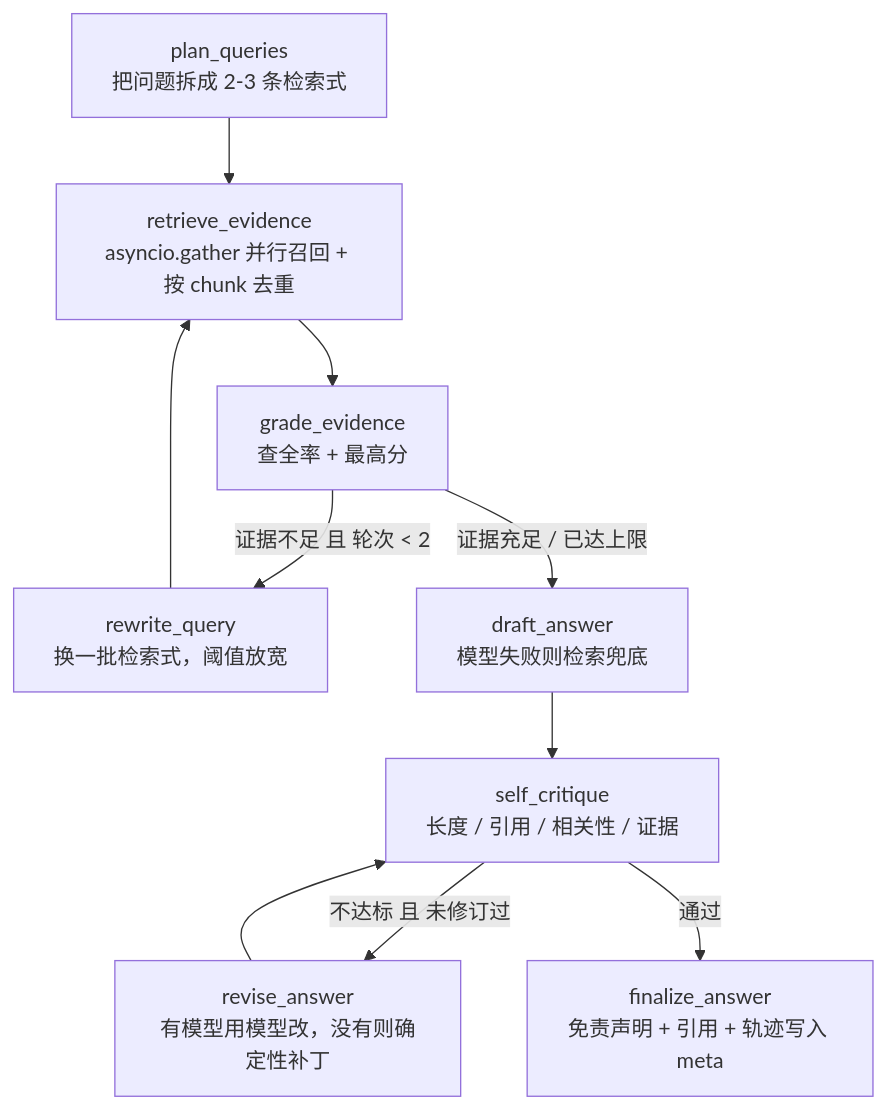
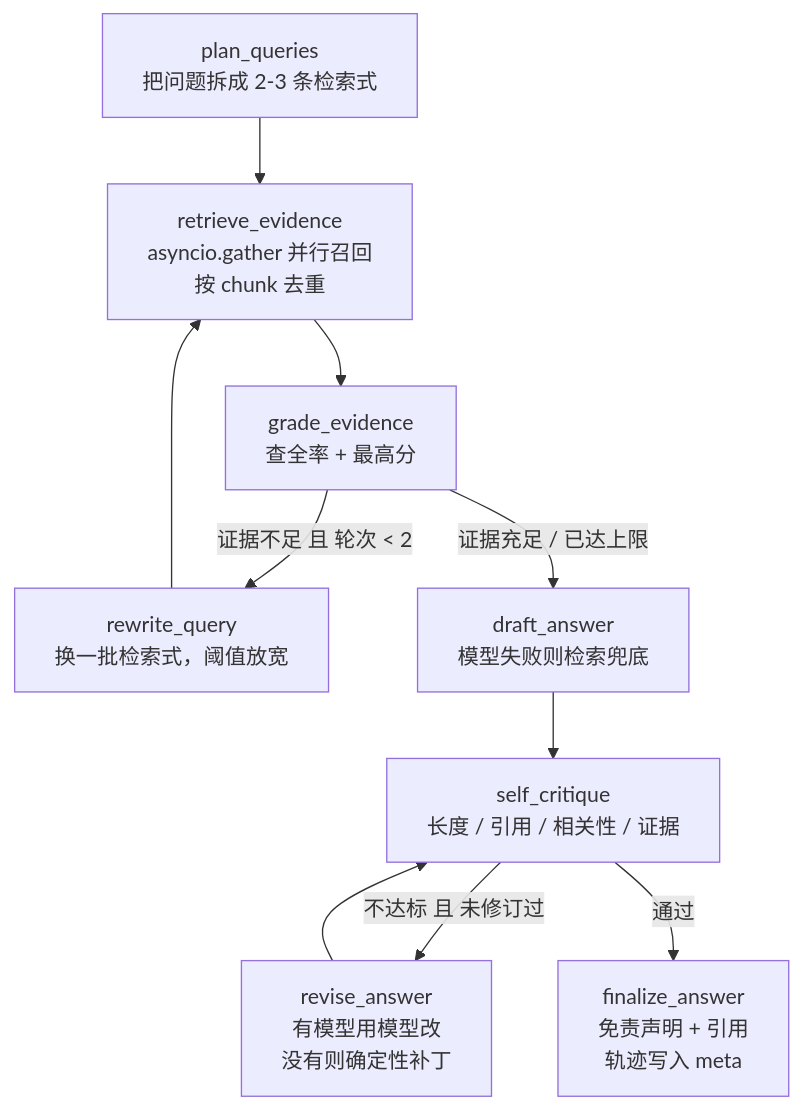
One commit to dazhuang2006/The-Sound-of-Breaking-Free-from-the-Cocoon changed the third of 3 diagrams in README.md. Above: the diagram before and after it, drawn with Mermaid. The commit also changed other lines of this file and 28 other files, not shown here.

````diff
--- a/README.md
+++ b/README.md
@@ -201,12 +215,12 @@
 ```mermaid
 flowchart TD
-    P["plan_queries<br/>把问题拆成 2-3 条检索式"] --> R["retrieve_evidence<br/>asyncio.gather 并行召回 + 按 chunk 去重"]
+    P["plan_queries<br/>把问题拆成 2-3 条检索式"] --> R["retrieve_evidence<br/>asyncio.gather 并行召回<br/>按 chunk 去重"]
     R --> G["grade_evidence<br/>查全率 + 最高分"]
     G -->|证据不足 且 轮次 < 2| W["rewrite_query<br/>换一批检索式，阈值放宽"]
     W --> R
     G -->|证据充足 / 已达上限| D["draft_answer<br/>模型失败则检索兜底"]
     D --> C["self_critique<br/>长度 / 引用 / 相关性 / 证据"]
-    C -->|不达标 且 未修订过| V["revise_answer<br/>有模型用模型改，没有则确定性补丁"]
+    C -->|不达标 且 未修订过| V["revise_answer<br/>有模型用模型改<br/>没有则确定性补丁"]
     V --> C
-    C -->|通过| F["finalize_answer<br/>免责声明 + 引用 + 轨迹写入 meta"]
+    C -->|通过| F["finalize_answer<br/>免责声明 + 引用<br/>轨迹写入 meta"]
 ```
````
